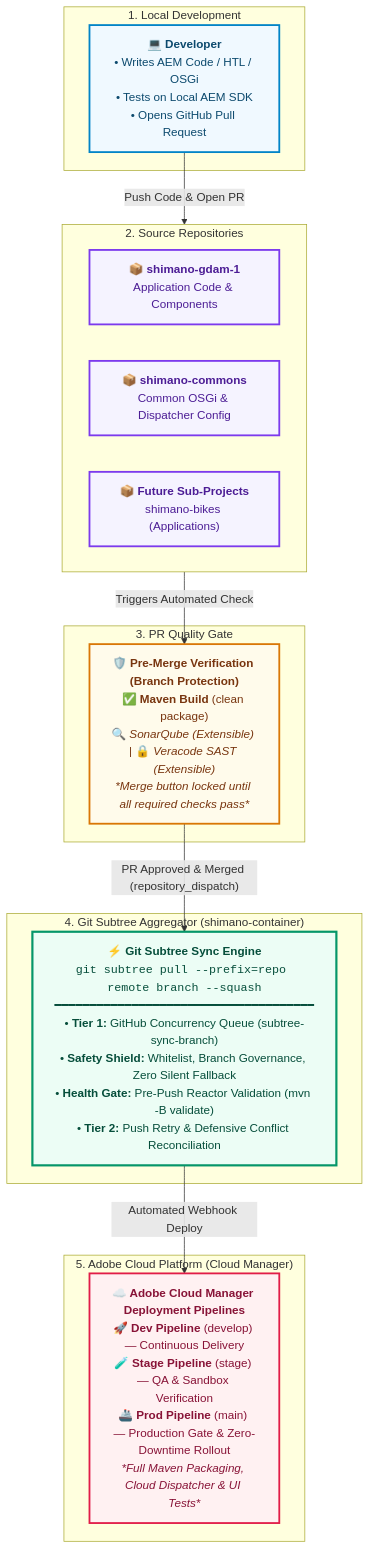
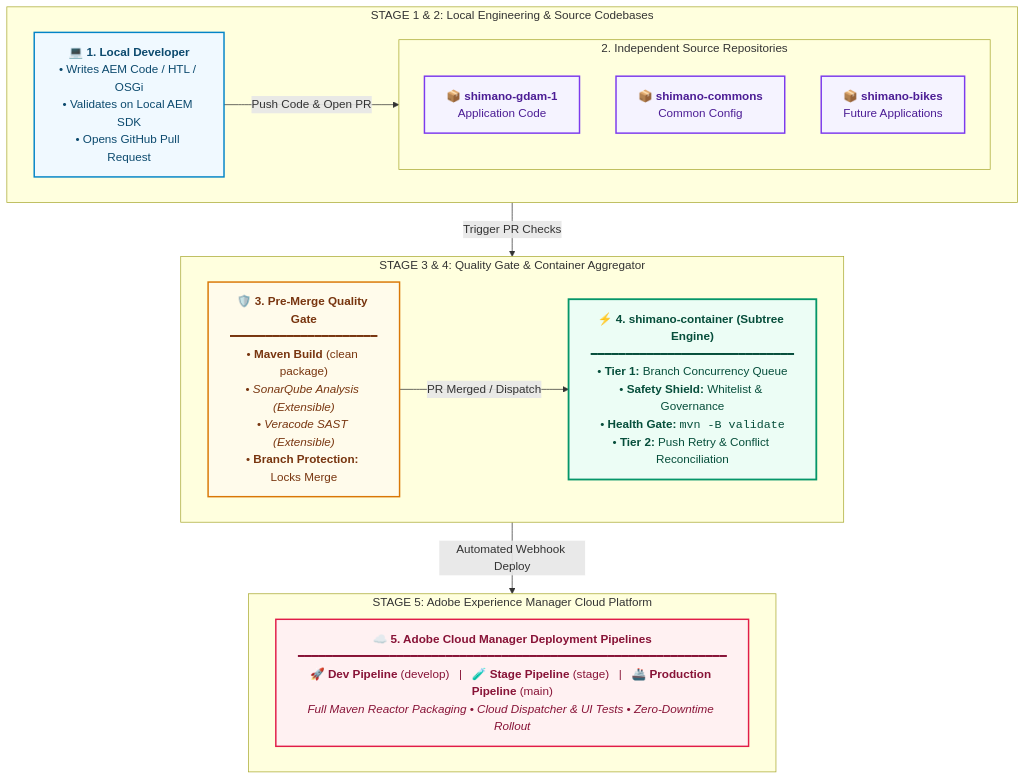
The first of 2 diagrams in docs/shimano-platform-handbook.md (prash04-glf/shimano-container), drawn with Mermaid before and after one commit. The commit also changed 2 other files, not shown here.

Commit message:
docs: balance Section 2 architecture diagram into a 3-tier layout that fits completely on a single page

````diff
--- a/docs/shimano-platform-handbook.md
+++ b/docs/shimano-platform-handbook.md
@@ -28,45 +28,44 @@
 ```mermaid
 flowchart TD
     %% Custom Visual Styling Classes
-    classDef devStyle fill:#F0F9FF,stroke:#0284C7,stroke-width:2.5px,color:#0C4A6E;
-    classDef sourceStyle fill:#F5F3FF,stroke:#7C3AED,stroke-width:2.5px,color:#4C1D95;
-    classDef gateStyle fill:#FFFBEB,stroke:#D97706,stroke-width:2.5px,color:#78350F;
-    classDef hostStyle fill:#ECFDF5,stroke:#059669,stroke-width:3px,color:#064E3B;
-    classDef adobeStyle fill:#FFF1F2,stroke:#E11D48,stroke-width:2.5px,color:#881337;
+    classDef devStyle fill:#F0F9FF,stroke:#0284C7,stroke-width:2px,color:#0C4A6E;
+    classDef sourceStyle fill:#F5F3FF,stroke:#7C3AED,stroke-width:2px,color:#4C1D95;
+    classDef gateStyle fill:#FFFBEB,stroke:#D97706,stroke-width:2px,color:#78350F;
+    classDef hostStyle fill:#ECFDF5,stroke:#059669,stroke-width:2.5px,color:#064E3B;
+    classDef adobeStyle fill:#FFF1F2,stroke:#E11D48,stroke-width:2px,color:#881337;
 
-    subgraph Step1["1. Local Development"]
-        DEV["<b>💻 Developer</b><br/>• Writes AEM Code / HTL / OSGi<br/>• Tests on Local AEM SDK<br/>• Opens GitHub Pull Request"]
+    subgraph Row1 ["STAGE 1 & 2: Local Engineering & Source Codebases"]
+        direction LR
+        DEV["<b>💻 1. Local Developer</b><br/>• Writes AEM Code / HTL / OSGi<br/>• Validates on Local AEM SDK<br/>• Opens GitHub Pull Request"]
+        
+        subgraph REPOS ["2. Independent Source Repositories"]
+            direction TB
+            GDAM["<b>📦 shimano-gdam-1</b><br/>Application Code"]
+            COMMONS["<b>📦 shimano-commons</b><br/>Common Config"]
+            BIKES["<b>📦 shimano-bikes</b><br/>Future Applications"]
+        end
+        DEV -->|Push Code & Open PR| REPOS
     end
 
-    subgraph Step2["2. Source Repositories"]
+    subgraph Row2 ["STAGE 3 & 4: Quality Gate & Container Aggregator"]
         direction LR
-        GDAM["<b>📦 shimano-gdam-1</b><br/>Application Code & Components"]
-        COMMONS["<b>📦 shimano-commons</b><br/>Common OSGi & Dispatcher Config"]
-        BIKES["<b>📦 Future Sub-Projects</b><br/>shimano-bikes (Applications)"]
+        GATE["<b>🛡️ 3. Pre-Merge Quality Gate</b><br/>━━━━━━━━━━━━━━━━━━━━━<br/>• <b>Maven Build</b> (clean package)<br/>• <i>SonarQube Analysis (Extensible)</i><br/>• <i>Veracode SAST (Extensible)</i><br/>• <b>Branch Protection:</b> Locks Merge"]
+        
+        CONTAINER["<b>⚡ 4. shimano-container (Subtree Engine)</b><br/>━━━━━━━━━━━━━━━━━━━━━━━━━━━━━<br/>• <b>Tier 1:</b> Branch Concurrency Queue<br/>• <b>Safety Shield:</b> Whitelist & Governance<br/>• <b>Health Gate:</b> <code>mvn -B validate</code><br/>• <b>Tier 2:</b> Push Retry & Conflict Reconciliation"]
+        
+        GATE -->|PR Merged / Dispatch| CONTAINER
     end
 
-    subgraph Step3["3. PR Quality Gate"]
-        GATE["<b>🛡️ Pre-Merge Verification (Branch Protection)</b><br/>✅ <b>Maven Build</b> (clean package)<br/>🔍 <i>SonarQube (Extensible)</i> | 🔒 <i>Veracode SAST (Extensible)</i><br/><i>*Merge button locked until all required checks pass*</i>"]
+    subgraph Row3 ["STAGE 5: Adobe Experience Manager Cloud Platform"]
+        CLOUD["<b>☁️ 5. Adobe Cloud Manager Deployment Pipelines</b><br/>━━━━━━━━━━━━━━━━━━━━━━━━━━━━━━━━━━━━━━━━━━━━━━━━━━━━━━━━━━━━━<br/>🚀 <b>Dev Pipeline</b> (develop) &nbsp;&nbsp;|&nbsp;&nbsp; 🧪 <b>Stage Pipeline</b> (stage) &nbsp;&nbsp;|&nbsp;&nbsp; 🚢 <b>Production Pipeline</b> (main)<br/><i>Full Maven Reactor Packaging • Cloud Dispatcher & UI Tests • Zero-Downtime Rollout</i>"]
     end
 
-    subgraph Step4["4. Git Subtree Aggregator (shimano-container)"]
-        CONTAINER["<b>⚡ Git Subtree Sync Engine</b><br/><code>git subtree pull --prefix=repo remote branch --squash</code><br/>━━━━━━━━━━━━━━━━━━━━━━━━━━━━━━━━━━━━━<br/>• <b>Tier 1:</b> GitHub Concurrency Queue (subtree-sync-branch)<br/>• <b>Safety Shield:</b> Whitelist, Branch Governance, Zero Silent Fallback<br/>• <b>Health Gate:</b> Pre-Push Reactor Validation (mvn -B validate)<br/>• <b>Tier 2:</b> Push Retry & Defensive Conflict Reconciliation"]
-    end
+    Row1 -->|Trigger PR Checks| Row2
+    Row2 -->|Automated Webhook Deploy| Row3
 
-    subgraph Step5["5. Adobe Cloud Platform (Cloud Manager)"]
-        CLOUD["<b>☁️ Adobe Cloud Manager Deployment Pipelines</b><br/>🚀 <b>Dev Pipeline</b> (develop) — Continuous Delivery<br/>🧪 <b>Stage Pipeline</b> (stage) — QA & Sandbox Verification<br/>🚢 <b>Prod Pipeline</b> (main) — Production Gate & Zero-Downtime Rollout<br/><i>*Full Maven Packaging, Cloud Dispatcher & UI Tests*</i>"]
-    end
-
-    %% Step-by-Step Flow Connections
-    DEV -->|"Push Code & Open PR"| Step2
-    Step2 -->|"Triggers Automated Check"| GATE
-    GATE -->|"PR Approved & Merged (repository_dispatch)"| CONTAINER
-    CONTAINER -->|"Automated Webhook Deploy"| CLOUD
-
-    %% Apply Distinct Color Classes
     class DEV devStyle;
     class GDAM,COMMONS,BIKES sourceStyle;
     class GATE gateStyle;
     class CONTAINER hostStyle;
     class CLOUD adobeStyle;
 ```
````
